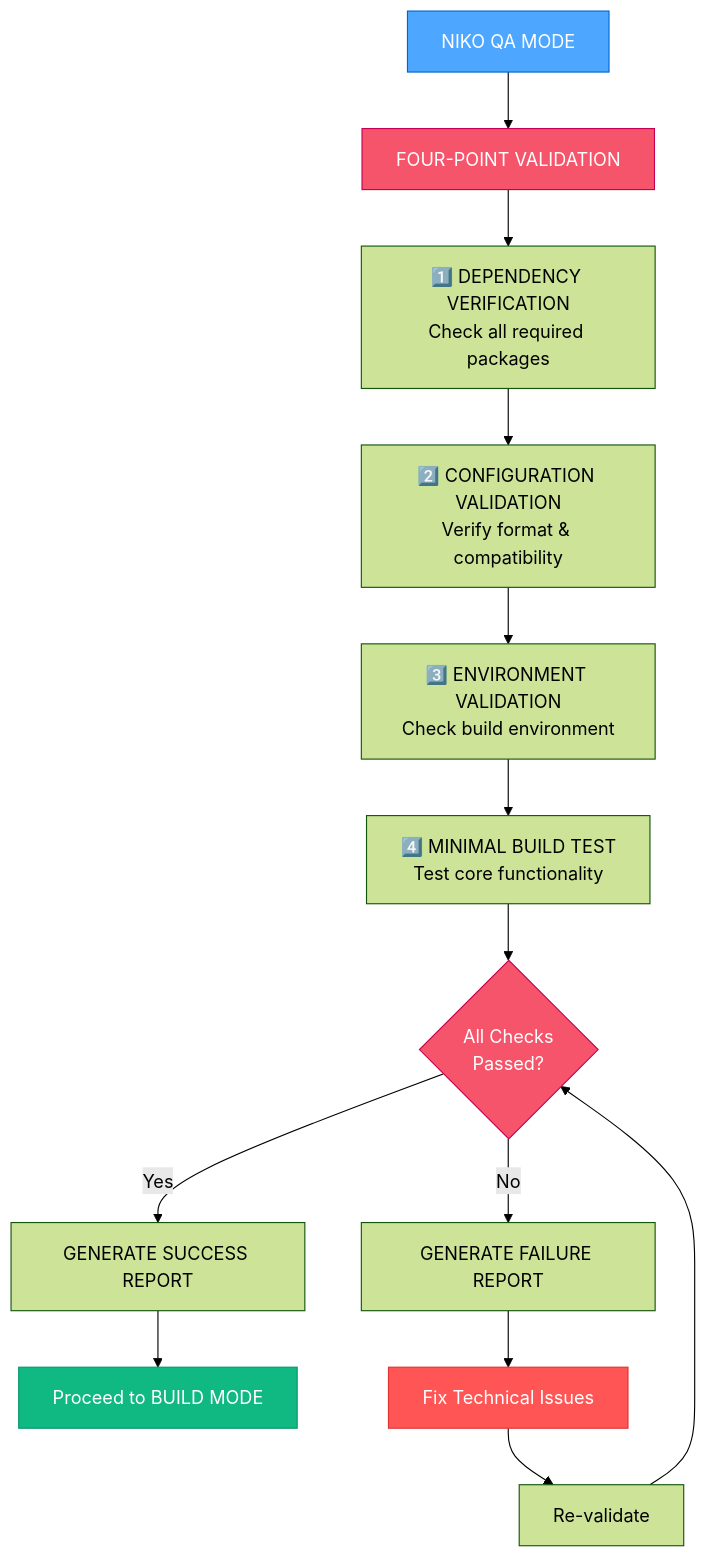
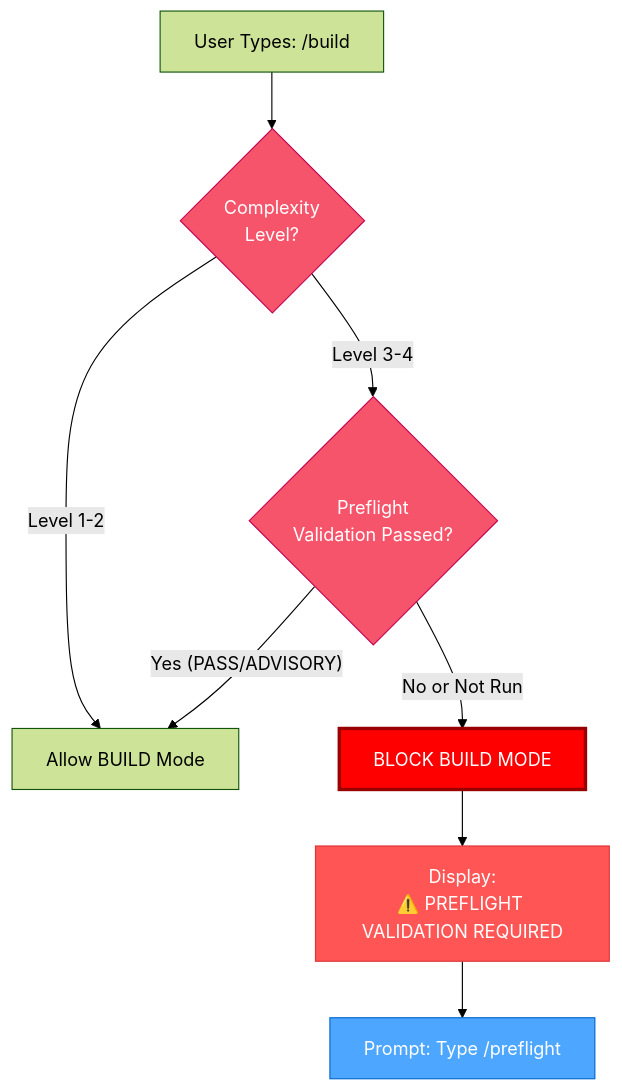
The sixth of 9 diagrams in rulesets/niko/niko/visual-maps/van-mode-map.mdc (Texarkanine/.cursor-rules), drawn with Mermaid (forest theme) before and after one commit. The commit also changed other lines of this file and 22 other files, not shown here.

````diff
--- a/rulesets/niko/niko/visual-maps/van-mode-map.mdc
+++ b/rulesets/niko/niko/visual-maps/van-mode-map.mdc
@@ -164,24 +208,16 @@
 ```mermaid
 graph TD
-    VANQA["NIKO QA MODE"] --> FourChecks["FOUR-POINT VALIDATION"]
-    
-    FourChecks --> DepCheck["1️⃣ DEPENDENCY VERIFICATION<br>Check all required packages"]
-    DepCheck --> ConfigCheck["2️⃣ CONFIGURATION VALIDATION<br>Verify format & compatibility"]
-    ConfigCheck --> EnvCheck["3️⃣ ENVIRONMENT VALIDATION<br>Check build environment"]
-    EnvCheck --> MinBuildCheck["4️⃣ MINIMAL BUILD TEST<br>Test core functionality"]
-    
-    MinBuildCheck --> ValidationResults{"All Checks<br>Passed?"}
-    ValidationResults -->|"Yes"| SuccessReport["GENERATE SUCCESS REPORT"]
-    ValidationResults -->|"No"| FailureReport["GENERATE FAILURE REPORT"]
-    
-    SuccessReport --> BUILD["Proceed to BUILD MODE"]
-    FailureReport --> FixIssues["Fix Technical Issues"]
-    FixIssues --> ReValidate["Re-validate"]
-    ReValidate --> ValidationResults
-    
-    style VANQA fill:#4da6ff,stroke:#0066cc,color:white
-    style FourChecks fill:#f6546a,stroke:#c30052,color:white
-    style ValidationResults fill:#f6546a,stroke:#c30052,color:white
-    style BUILD fill:#10b981,stroke:#059669,color:white
-    style FixIssues fill:#ff5555,stroke:#dd3333,color:white
+    Start["User Types: /build"] --> CheckLevel{"Complexity<br>Level?"}
+    CheckLevel -->|"Level 1-2"| AllowBuild["Allow BUILD Mode"]
+    CheckLevel -->|"Level 3-4"| CheckPreflight{"Preflight<br>Validation Passed?"}
+    CheckPreflight -->|"Yes (PASS/ADVISORY)"| AllowBuild
+    CheckPreflight -->|"No or Not Run"| BlockBuild["BLOCK BUILD MODE"]
+    BlockBuild --> Message["Display:<br>⚠️ PREFLIGHT VALIDATION REQUIRED"]
+    Message --> ReturnToPreflight["Prompt: Type /preflight"]
+
+    style CheckLevel fill:#f6546a,stroke:#c30052,color:white
+    style CheckPreflight fill:#f6546a,stroke:#c30052,color:white
+    style BlockBuild fill:#ff0000,stroke:#990000,color:white,stroke-width:3px
+    style Message fill:#ff5555,stroke:#dd3333,color:white
+    style ReturnToPreflight fill:#4da6ff,stroke:#0066cc,color:white
 ```
````
